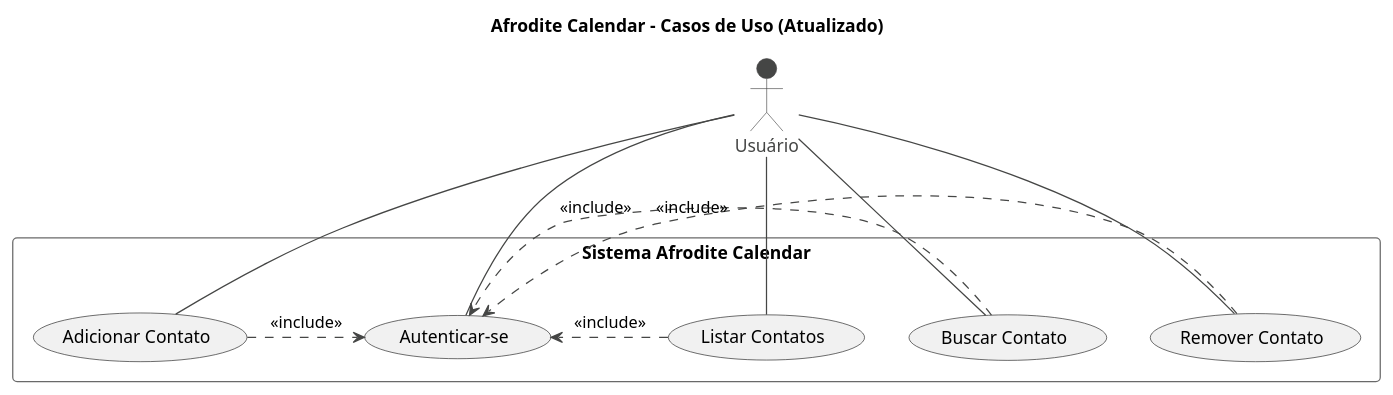
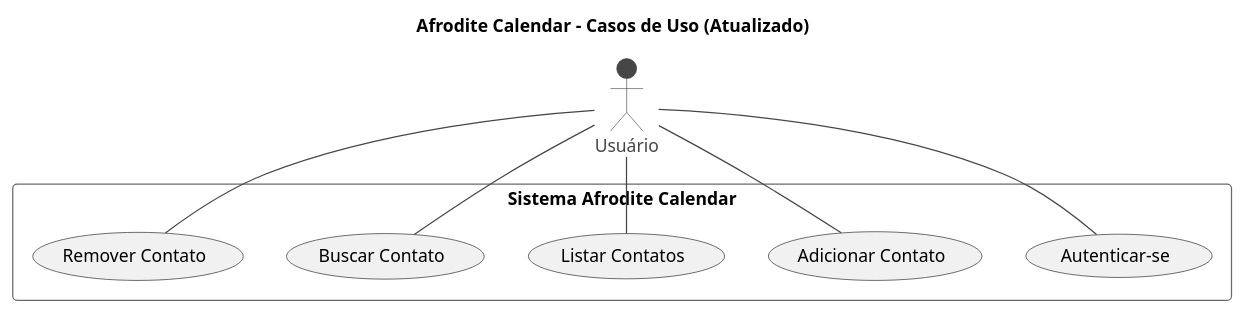
One commit to KalvinAlbuquerque/ES-StudyCase01 changed the diagram in agenda/agenda/diagramas/diagrama_caso_de_uso.puml. Above: the diagram before and after it, drawn with PlantUML.

Commit message:
diagrama de caso de uso alterado

```diff
--- a/agenda/agenda/diagramas/diagrama_caso_de_uso.puml
+++ b/agenda/agenda/diagramas/diagrama_caso_de_uso.puml
@@ -1,30 +1,26 @@
 @startuml diagrama_de_caso_de_uso_atualizado
 ' Thema para um visual mais moderno
 !theme vibrant
 
 title Afrodite Calendar - Casos de Uso (Atualizado)
 
 actor "Usuário" as user
 
 rectangle "Sistema Afrodite Calendar" {
   usecase "Autenticar-se" as UC_AUTH
   usecase "Adicionar Contato" as UC_ADD
   usecase "Listar Contatos" as UC_LIST
   usecase "Buscar Contato" as UC_SEARCH
   usecase "Remover Contato" as UC_REMOVE
 }
 
 ' Ações diretas do usuário
 user -- UC_AUTH
 user -- UC_ADD
 user -- UC_LIST
 user -- UC_SEARCH
 user -- UC_REMOVE
 
 ' Define que as outras ações dependem da autenticação
-UC_ADD .> UC_AUTH : <<include>>
-UC_LIST .> UC_AUTH : <<include>>
-UC_SEARCH .> UC_AUTH : <<include>>
-UC_REMOVE .> UC_AUTH : <<include>>
 
 @enduml
```
